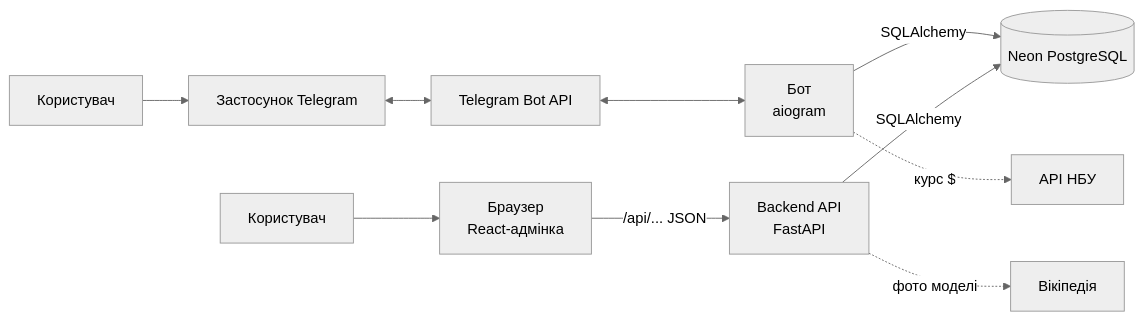
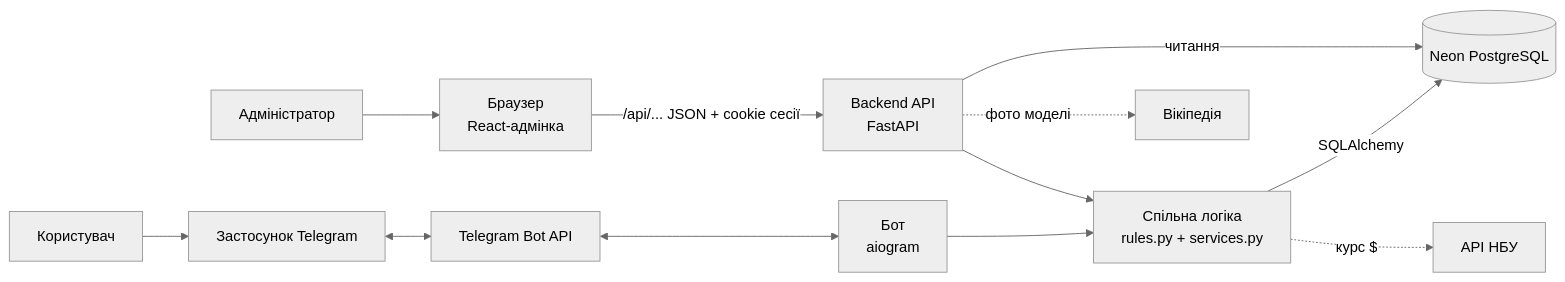
Before and after one commit to AleksN-code/VIB-coding: the first of 7 diagrams in docs/architecture.md, drawn with Mermaid (neutral theme). The commit also changed other lines of this file and 4 other files, not shown here.

````diff
--- a/docs/architecture.md
+++ b/docs/architecture.md
@@ -35,13 +36,15 @@
 ```mermaid
 flowchart LR
     U1[Користувач] --> TG[Застосунок Telegram]
     TG <--> TAPI[Telegram Bot API]
     TAPI <--> BOT[Бот<br/>aiogram]
-    BOT -->|SQLAlchemy| DB[(Neon PostgreSQL)]
-    BOT -.->|курс $| NBU[API НБУ]
+    BOT --> SVC[Спільна логіка<br/>rules.py + services.py]
+    SVC -->|SQLAlchemy| DB[(Neon PostgreSQL)]
+    SVC -.->|курс $| NBU[API НБУ]
 
-    U2[Користувач] --> BR[Браузер<br/>React-адмінка]
-    BR -->|/api/... JSON| API[Backend API<br/>FastAPI]
-    API -->|SQLAlchemy| DB
+    U2[Адміністратор] --> BR[Браузер<br/>React-адмінка]
+    BR -->|/api/... JSON + cookie сесії| API[Backend API<br/>FastAPI]
+    API --> SVC
+    API -->|читання| DB
     API -.->|фото моделі| WIKI[Вікіпедія]
 ```
````
